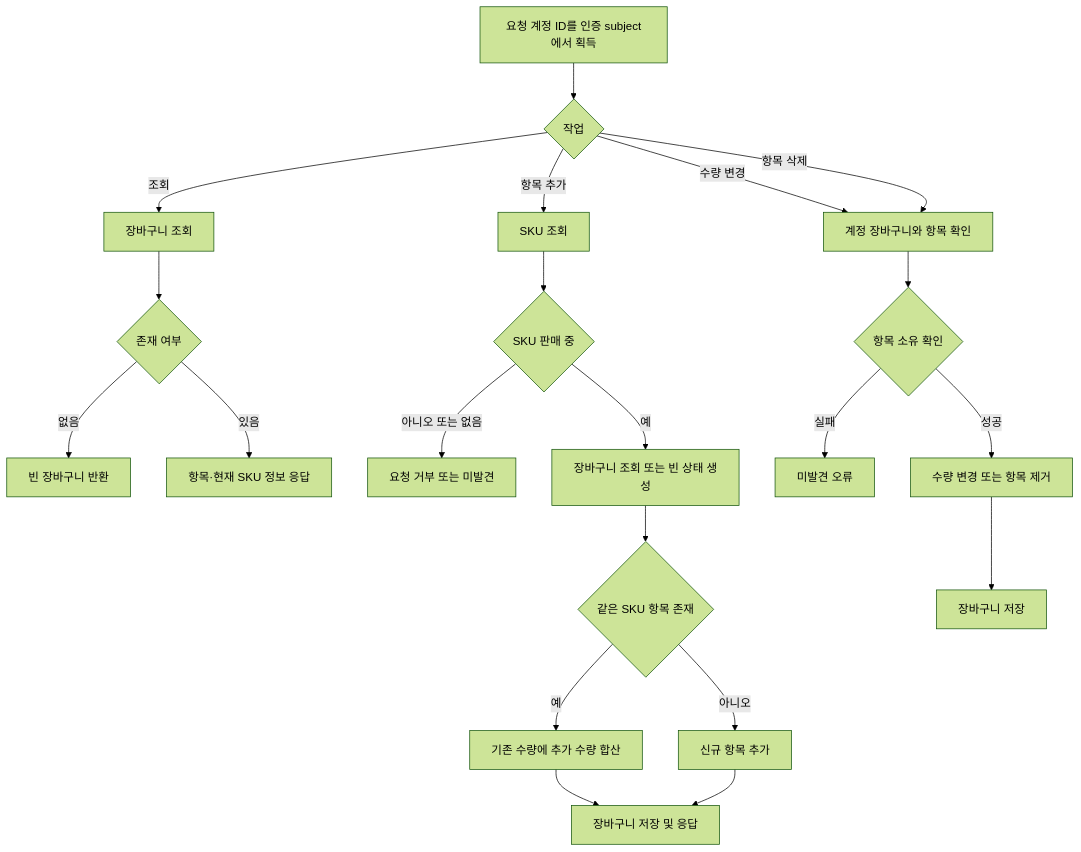
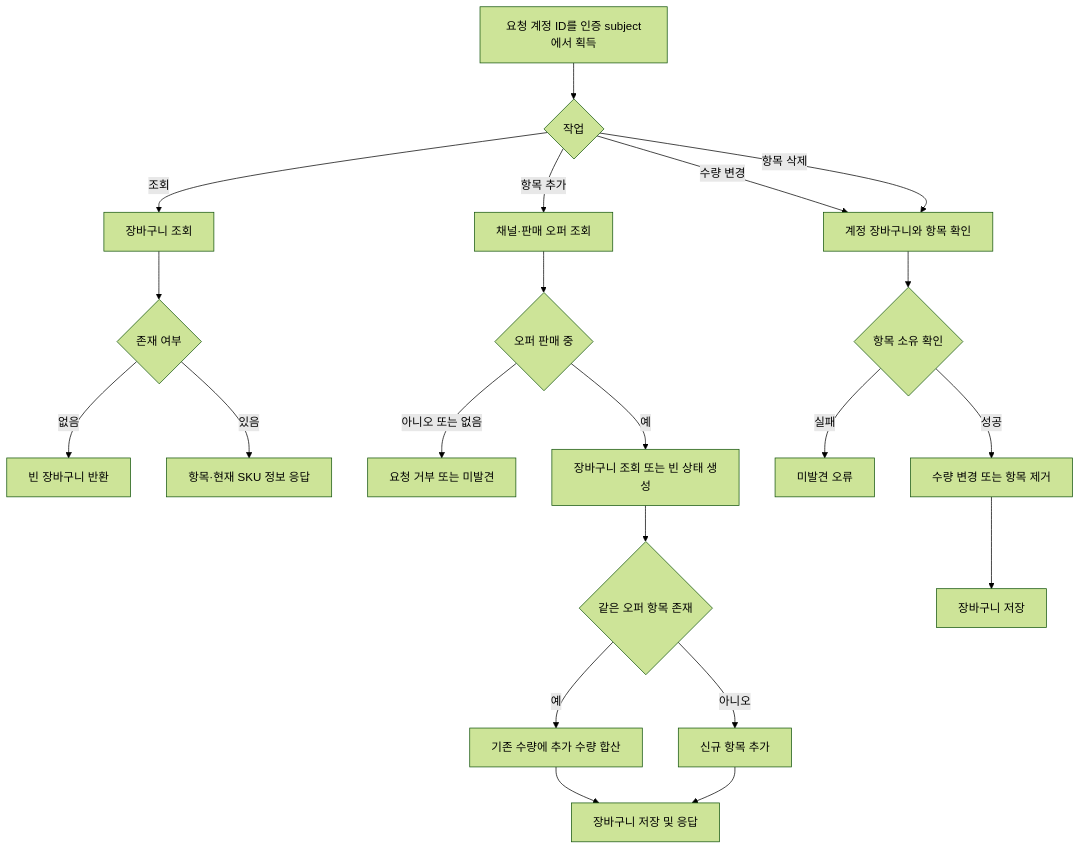
Before and after one commit to DongHyeonEom/umji-market-api: the diagram in docs/services/cart.md, drawn with Mermaid (forest theme). The commit also changed other lines of this file and 38 other files, not shown here.

````diff
--- a/docs/services/cart.md
+++ b/docs/services/cart.md
@@ -12,23 +12,23 @@
 ```mermaid
 flowchart TD
     A[요청 계정 ID를 인증 subject에서 획득] --> B{작업}
     B -- 조회 --> C[장바구니 조회]
     C --> D{존재 여부}
     D -- 없음 --> E[빈 장바구니 반환]
     D -- 있음 --> F[항목·현재 SKU 정보 응답]
-    B -- 항목 추가 --> G[SKU 조회]
-    G --> H{SKU 판매 중}
+    B -- 항목 추가 --> G[채널·판매 오퍼 조회]
+    G --> H{오퍼 판매 중}
     H -- 아니오 또는 없음 --> I[요청 거부 또는 미발견]
     H -- 예 --> J[장바구니 조회 또는 빈 상태 생성]
-    J --> K{같은 SKU 항목 존재}
+    J --> K{같은 오퍼 항목 존재}
     K -- 예 --> L[기존 수량에 추가 수량 합산]
     K -- 아니오 --> M[신규 항목 추가]
     L --> N[장바구니 저장 및 응답]
     M --> N
     B -- 수량 변경 --> O[계정 장바구니와 항목 확인]
     B -- 항목 삭제 --> O
     O --> P{항목 소유 확인}
     P -- 실패 --> Q[미발견 오류]
     P -- 성공 --> R[수량 변경 또는 항목 제거]
     R --> S[장바구니 저장]
 ```
````
